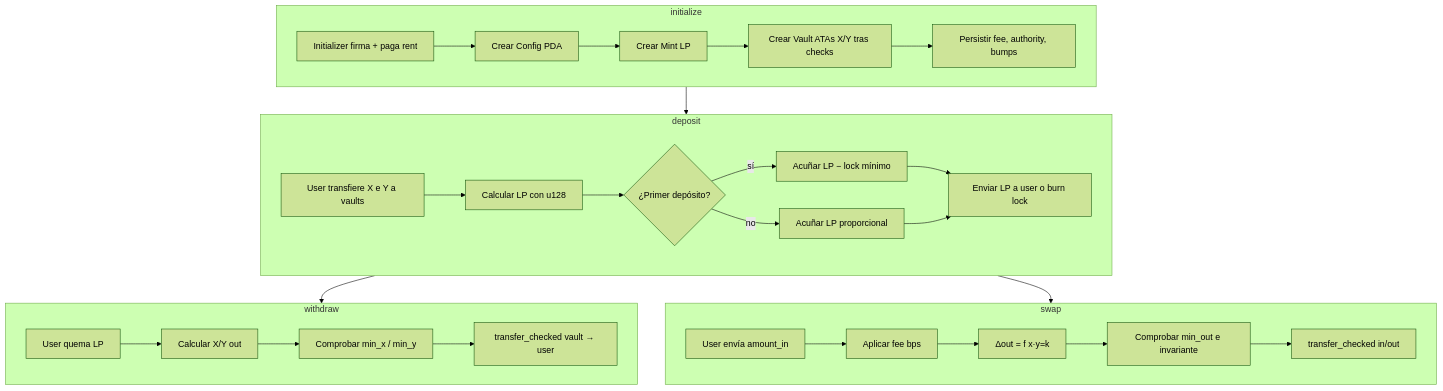
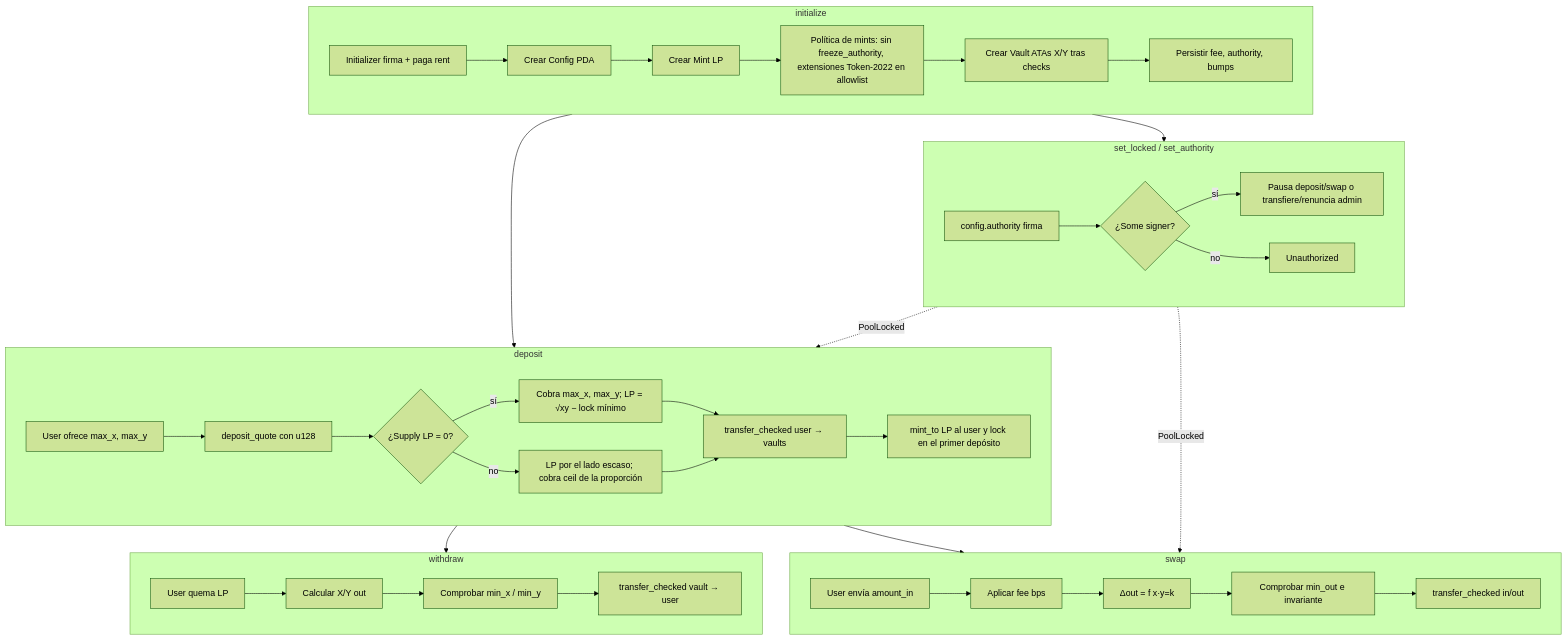
Before and after one commit to rastrahm/solana-amm-anchor: the second of 2 diagrams in doc/diagrama-flujo-ES.md, drawn with Mermaid (forest theme). The commit also changed other lines of this file and 29 other files, not shown here.

````diff
--- a/doc/diagrama-flujo-ES.md
+++ b/doc/diagrama-flujo-ES.md
@@ -56,35 +56,46 @@
 ```mermaid
 flowchart TB
     subgraph Init["initialize"]
         I1[Initializer firma + paga rent] --> I2[Crear Config PDA]
         I2 --> I3[Crear Mint LP]
-        I3 --> I4[Crear Vault ATAs X/Y tras checks]
+        I3 --> IP[Política de mints: sin freeze_authority, extensiones Token-2022 en allowlist]
+        IP --> I4[Crear Vault ATAs X/Y tras checks]
         I4 --> I5[Persistir fee, authority, bumps]
     end
 
     subgraph Dep["deposit"]
-        D1[User transfiere X e Y a vaults] --> D2[Calcular LP con u128]
-        D2 --> D3{¿Primer depósito?}
-        D3 -->|sí| D4[Acuñar LP − lock mínimo]
-        D3 -->|no| D5[Acuñar LP proporcional]
-        D4 --> D6[Enviar LP a user o burn lock]
-        D5 --> D6
+        D0[User ofrece max_x, max_y] --> D2[deposit_quote con u128]
+        D2 --> D3{¿Supply LP = 0?}
+        D3 -->|sí| D4[Cobra max_x, max_y; LP = √xy − lock mínimo]
+        D3 -->|no| D5[LP por el lado escaso; cobra ceil de la proporción]
+        D4 --> D1[transfer_checked user → vaults]
+        D5 --> D1
+        D1 --> D6[mint_to LP al user y lock en el primer depósito]
     end
 
     subgraph Wdr["withdraw"]
         W1[User quema LP] --> W2[Calcular X/Y out]
         W2 --> W3[Comprobar min_x / min_y]
         W3 --> W4[transfer_checked vault → user]
     end
 
     subgraph Swp["swap"]
         S1[User envía amount_in] --> S2[Aplicar fee bps]
         S2 --> S3[Δout = f x·y=k]
         S3 --> S4[Comprobar min_out e invariante]
         S4 --> S5[transfer_checked in/out]
     end
 
+    subgraph Adm["set_locked / set_authority"]
+        A1[config.authority firma] --> A2{¿Some signer?}
+        A2 -->|sí| A3[Pausa deposit/swap o transfiere/renuncia admin]
+        A2 -->|no| A4[Unauthorized]
+    end
+
     Init --> Dep
     Dep --> Wdr
     Dep --> Swp
+    Init --> Adm
+    Adm -.->|PoolLocked| Dep
+    Adm -.->|PoolLocked| Swp
 ```
````
